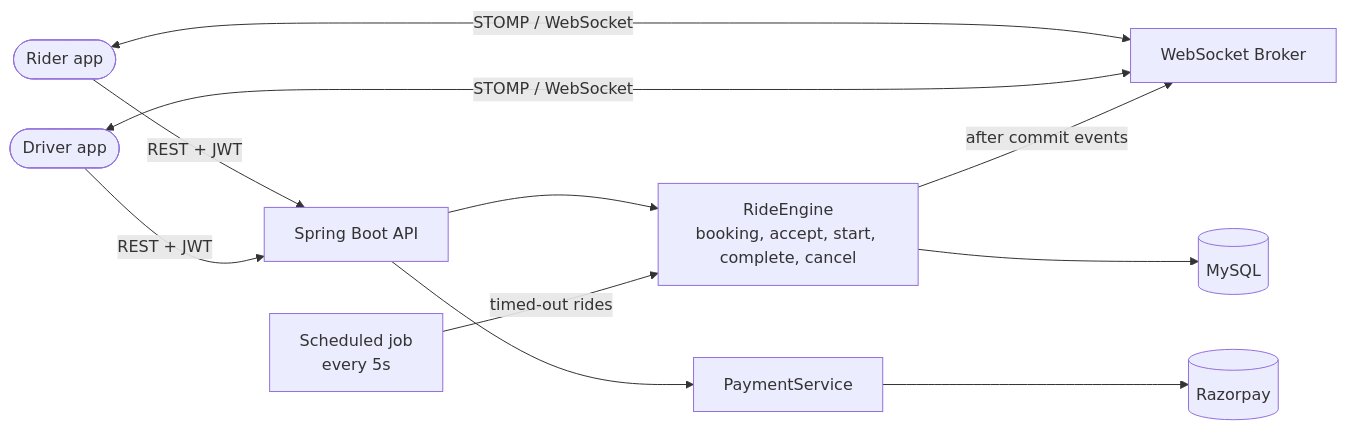
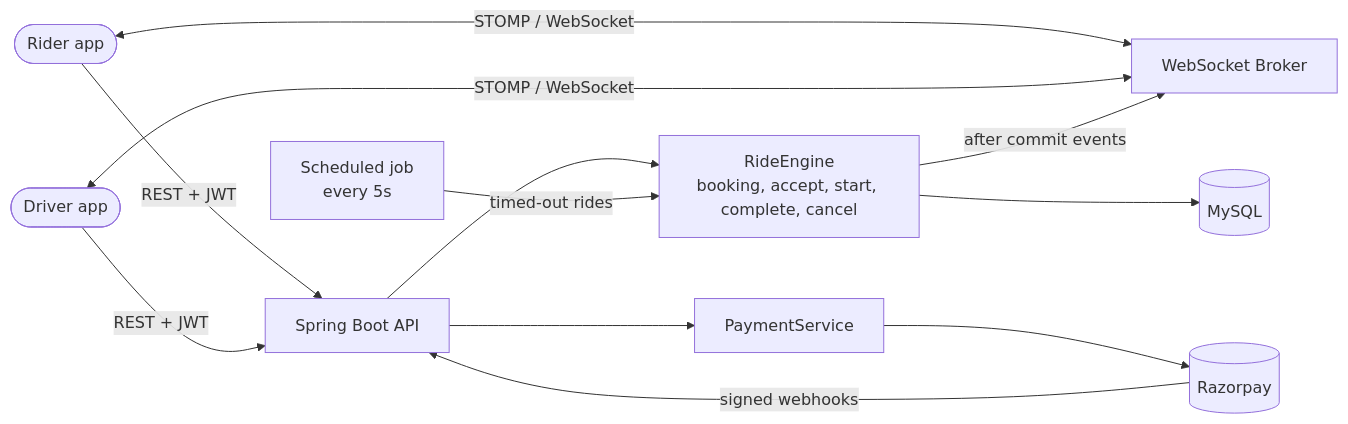
The first of 2 diagrams in README.md (himanshu-singh-java/SafarX-RideHailingBackend), drawn with Mermaid before and after one commit. The commit also changed other lines of this file, not shown here.

Commit message:
Update README with OTP, rate limiting, and Razorpay webhook docs

````diff
--- a/README.md
+++ b/README.md
@@ -39,12 +40,13 @@
 ```mermaid
 flowchart LR
     Rider([Rider app]) -->|REST + JWT| API[Spring Boot API]
     Driver([Driver app]) -->|REST + JWT| API
     Rider <-->|STOMP / WebSocket| WS[WebSocket Broker]
     Driver <-->|STOMP / WebSocket| WS
     API --> Engine[RideEngine<br/>booking, accept, start, complete, cancel]
     Scheduler[Scheduled job<br/>every 5s] -->|timed-out rides| Engine
     Engine -->|after commit events| WS
     Engine --> DB[(MySQL)]
     API --> Pay[PaymentService] --> Razorpay[(Razorpay)]
+    Razorpay -->|signed webhooks| API
 ```
````
